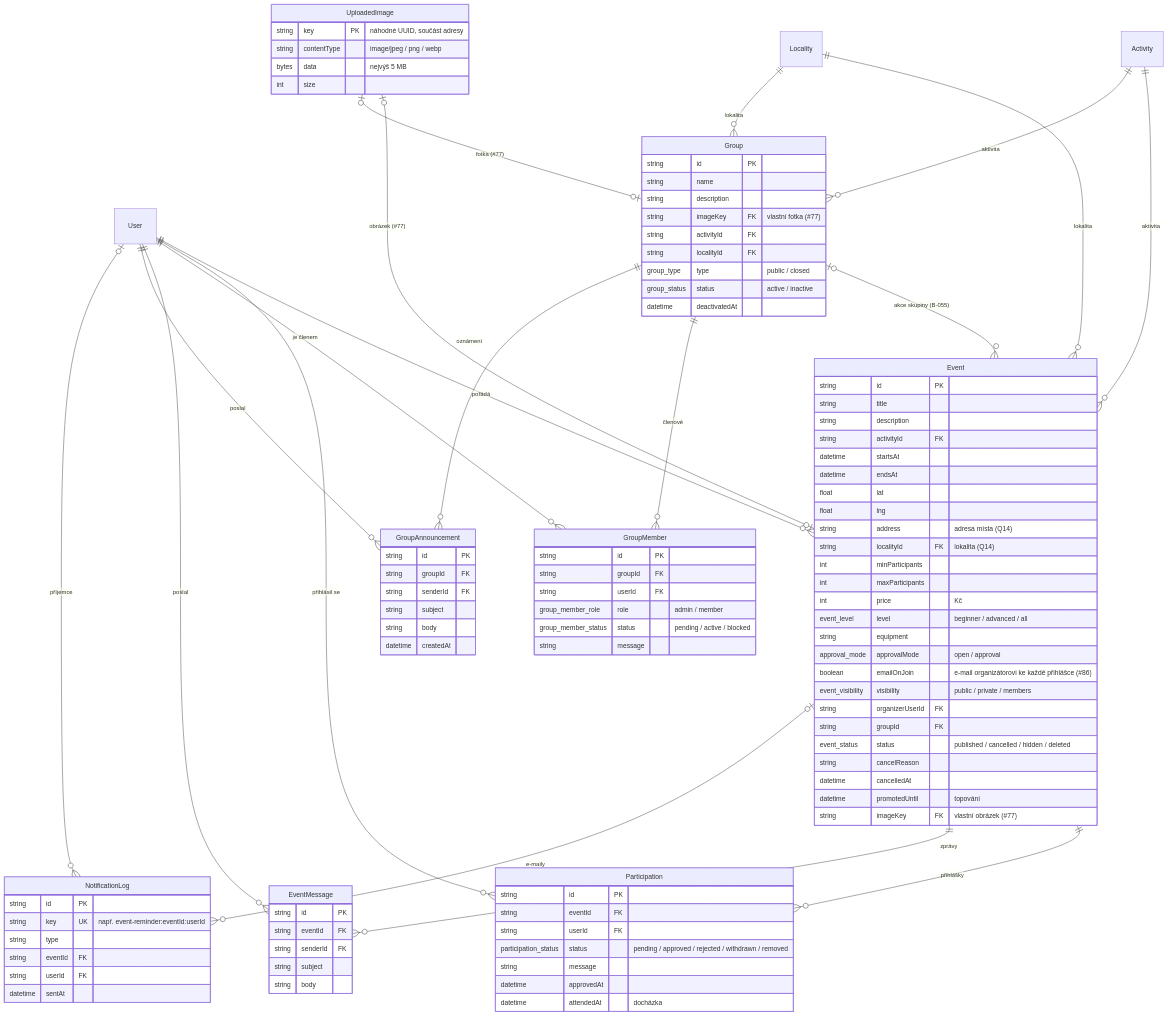
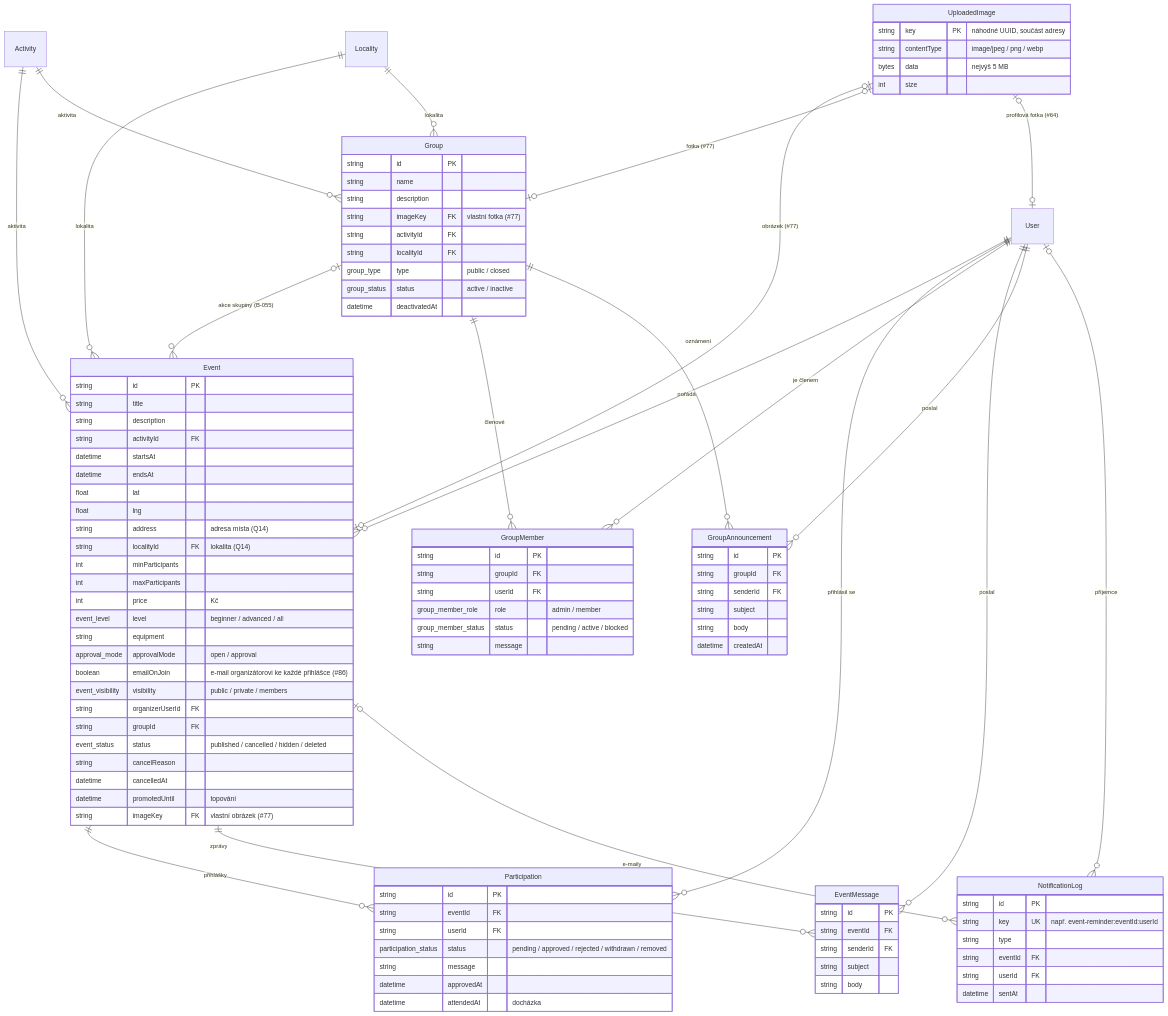
The second of 3 diagrams in docs/datovy-model.md (applifting-vsecourse/team-3), drawn with Mermaid before and after one commit. The commit also changed other lines of this file and 20 other files, not shown here.

```diff
--- a/docs/datovy-model.md
+++ b/docs/datovy-model.md
@@ -119,6 +120,7 @@
     Event |o--o{ NotificationLog : "e-maily"
     UploadedImage |o--o| Event : "obrázek (#77)"
     UploadedImage |o--o| Group : "fotka (#77)"
+    UploadedImage |o--o| User : "profilová fotka (#64)"
     User |o--o{ NotificationLog : "příjemce"
 
     Event {
```
